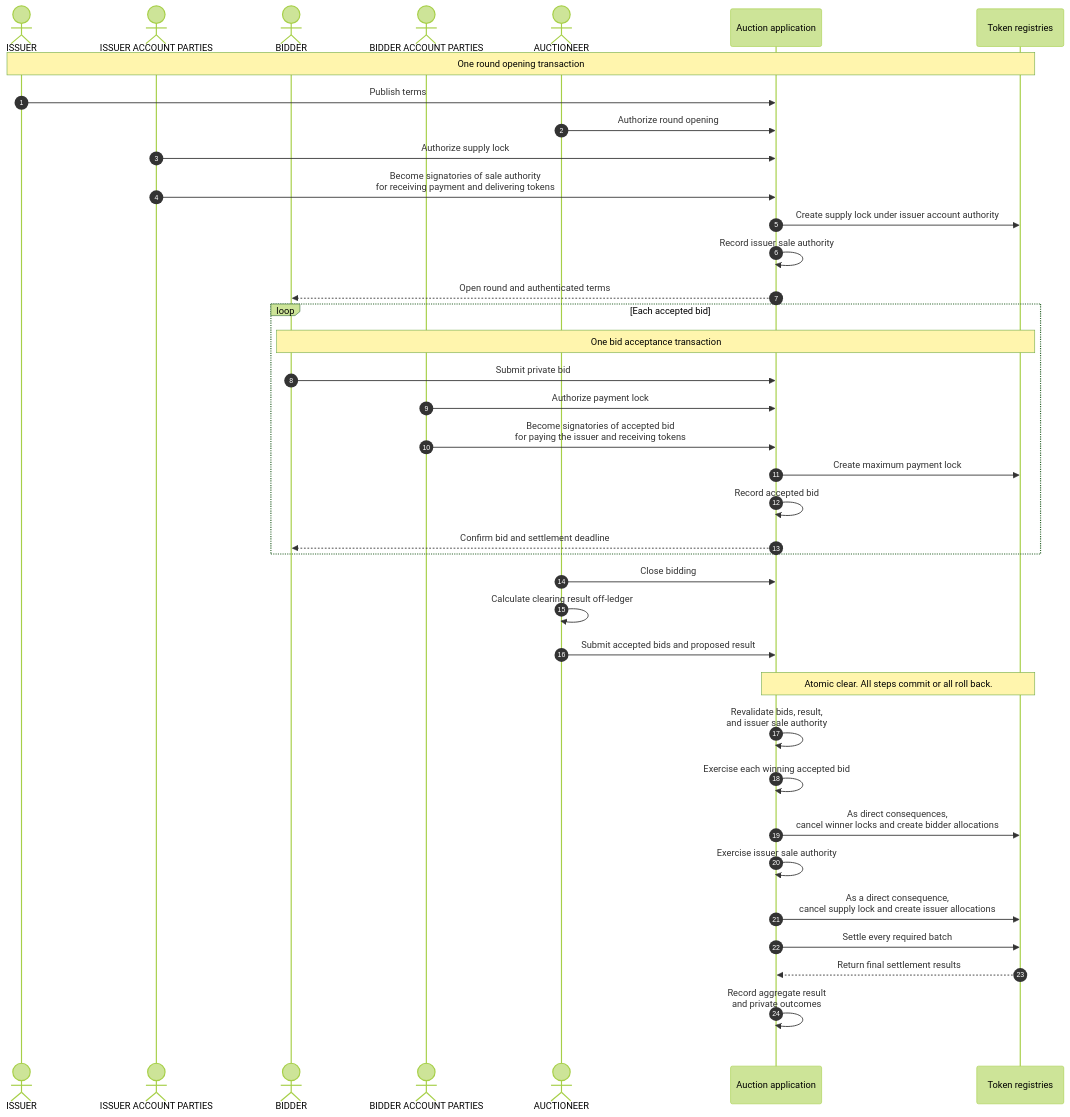
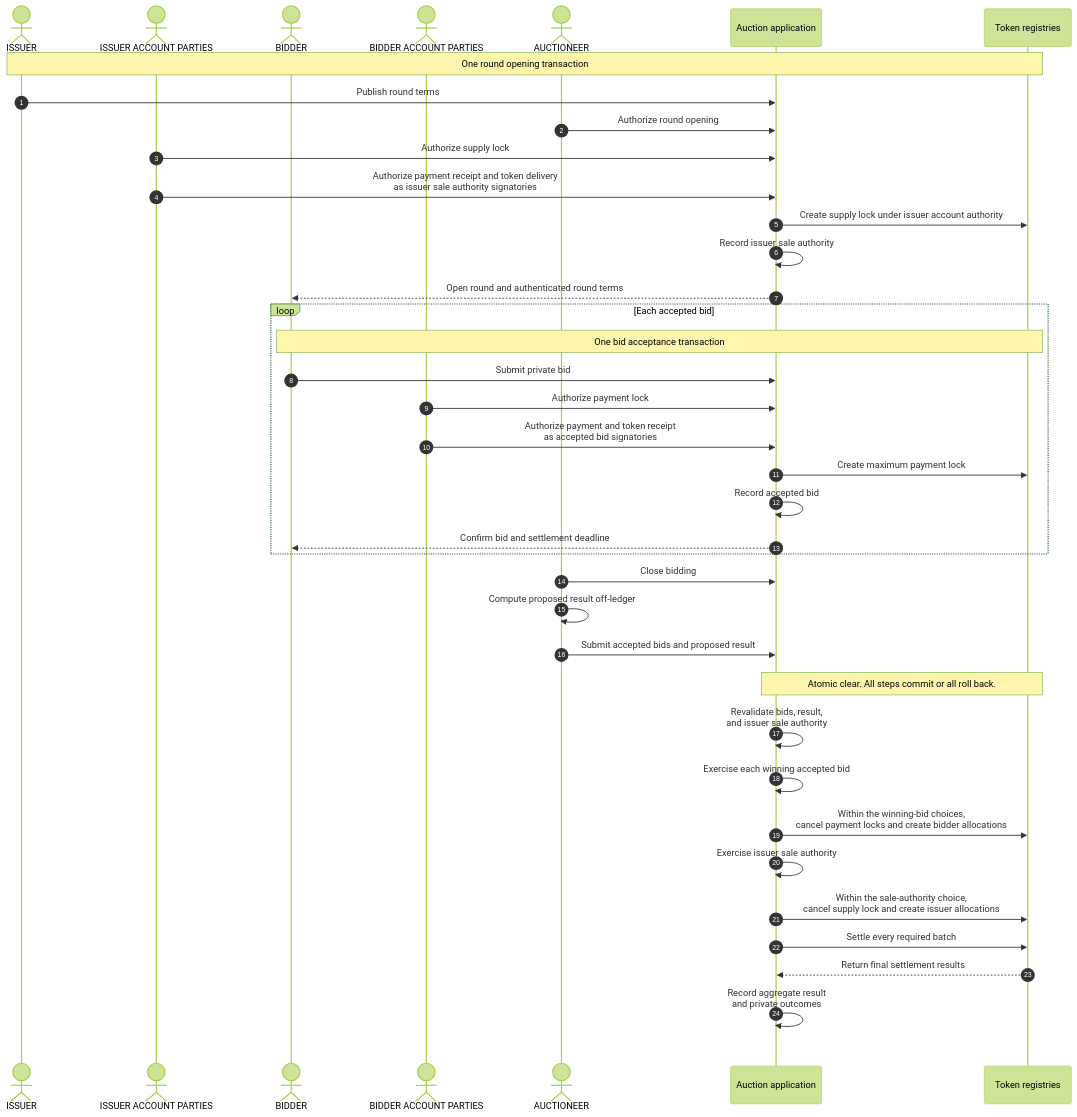
Before and after one commit to OpenZeppelin/canton-specs: the third of 3 diagrams in docs/reference-architectures/confidential-auction.md, drawn with Mermaid (forest theme). The commit also changed other lines of this file, not shown here.

````diff
--- a/docs/reference-architectures/confidential-auction.md
+++ b/docs/reference-architectures/confidential-auction.md
@@ -349,43 +345,43 @@
 ```mermaid
 sequenceDiagram
     autonumber
     actor Issuer as ISSUER
     actor IssuerAccounts as ISSUER ACCOUNT PARTIES
     actor Bidder as BIDDER
     actor BidderAccounts as BIDDER ACCOUNT PARTIES
     actor Auctioneer as AUCTIONEER
     participant App as Auction application
     participant Assets as Token registries
 
     Note over Issuer,Assets: One round opening transaction
-    Issuer->>App: Publish terms
+    Issuer->>App: Publish round terms
     Auctioneer->>App: Authorize round opening
     IssuerAccounts->>App: Authorize supply lock
-    IssuerAccounts->>App: Become signatories of sale authority<br/>for receiving payment and delivering tokens
+    IssuerAccounts->>App: Authorize payment receipt and token delivery<br/>as issuer sale authority signatories
     App->>Assets: Create supply lock under issuer account authority
     App->>App: Record issuer sale authority
-    App-->>Bidder: Open round and authenticated terms
+    App-->>Bidder: Open round and authenticated round terms
     loop Each accepted bid
         Note over Bidder,Assets: One bid acceptance transaction
         Bidder->>App: Submit private bid
         BidderAccounts->>App: Authorize payment lock
-        BidderAccounts->>App: Become signatories of accepted bid<br/>for paying the issuer and receiving tokens
+        BidderAccounts->>App: Authorize payment and token receipt<br/>as accepted bid signatories
         App->>Assets: Create maximum payment lock
         App->>App: Record accepted bid
         App-->>Bidder: Confirm bid and settlement deadline
     end
     Auctioneer->>App: Close bidding
-    Auctioneer->>Auctioneer: Calculate clearing result off-ledger
+    Auctioneer->>Auctioneer: Compute proposed result off-ledger
     Auctioneer->>App: Submit accepted bids and proposed result
     rect rgba(255, 255, 255, .1)
         Note over App,Assets: Atomic clear. All steps commit or all roll back.
         App->>App: Revalidate bids, result,<br/>and issuer sale authority
         App->>App: Exercise each winning accepted bid
-        App->>Assets: As direct consequences,<br/>cancel winner locks and create bidder allocations
+        App->>Assets: Within the winning-bid choices,<br/>cancel payment locks and create bidder allocations
         App->>App: Exercise issuer sale authority
-        App->>Assets: As a direct consequence,<br/>cancel supply lock and create issuer allocations
+        App->>Assets: Within the sale-authority choice,<br/>cancel supply lock and create issuer allocations
         App->>Assets: Settle every required batch
         Assets-->>App: Return final settlement results
         App->>App: Record aggregate result<br/>and private outcomes
     end
 ```
````
